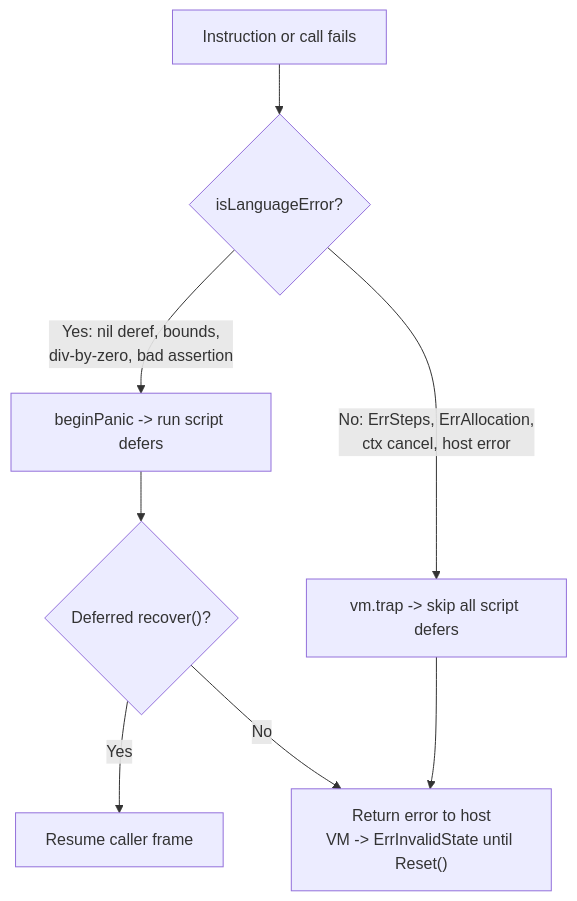
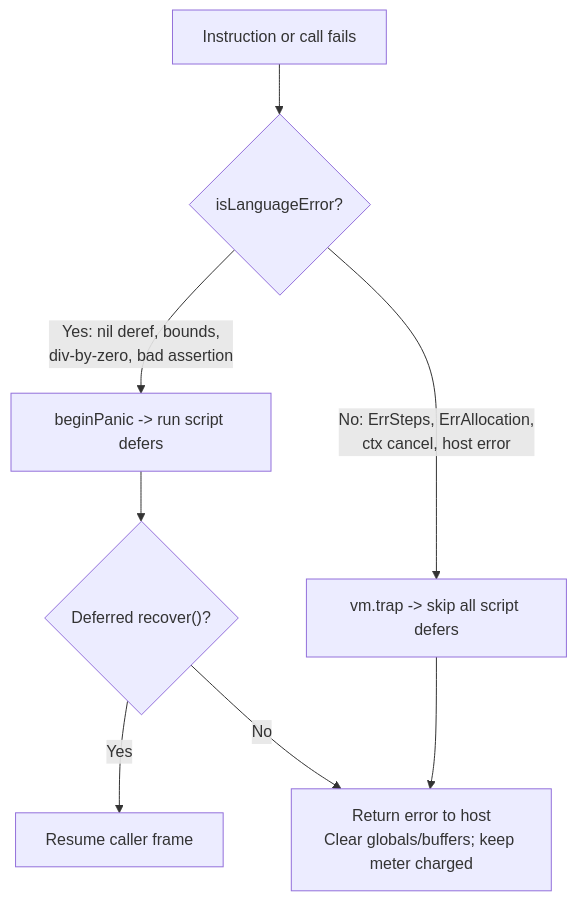
The seventh of 9 diagrams in _docs/EVMBook.md (andreyvit/evm), drawn with Mermaid before and after one commit. The commit also changed other lines of this file and 10 other files, not shown here.

````diff
--- a/_docs/EVMBook.md
+++ b/_docs/EVMBook.md
@@ -4199,10 +4280,10 @@
 ```mermaid
 flowchart TD
     FAIL["Instruction or call fails"] --> KIND{"isLanguageError?"}
     KIND -->|Yes: nil deref, bounds,<br/>div-by-zero, bad assertion| PANIC["beginPanic -> run script defers"]
     PANIC --> REC{"Deferred recover()?"}
     REC -->|Yes| RESUME["Resume caller frame"]
-    REC -->|No| INV["Return error to host<br/>VM -> ErrInvalidState until Reset()"]
+    REC -->|No| INV["Return error to host<br/>Clear globals/buffers; keep meter charged"]
     KIND -->|No: ErrSteps, ErrAllocation,<br/>ctx cancel, host error| TRAP["vm.trap -> skip all script defers"]
     TRAP --> INV
 ```
````
